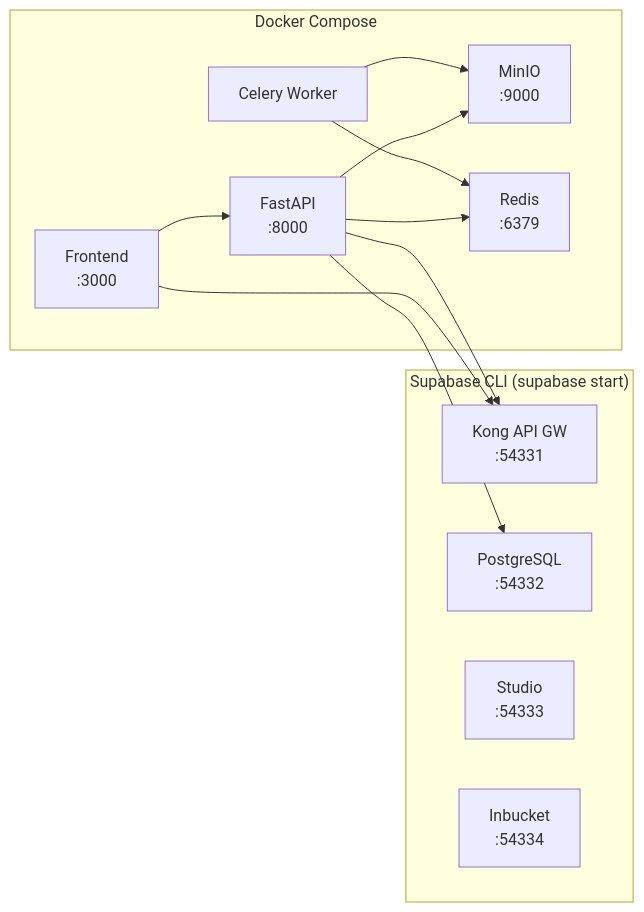
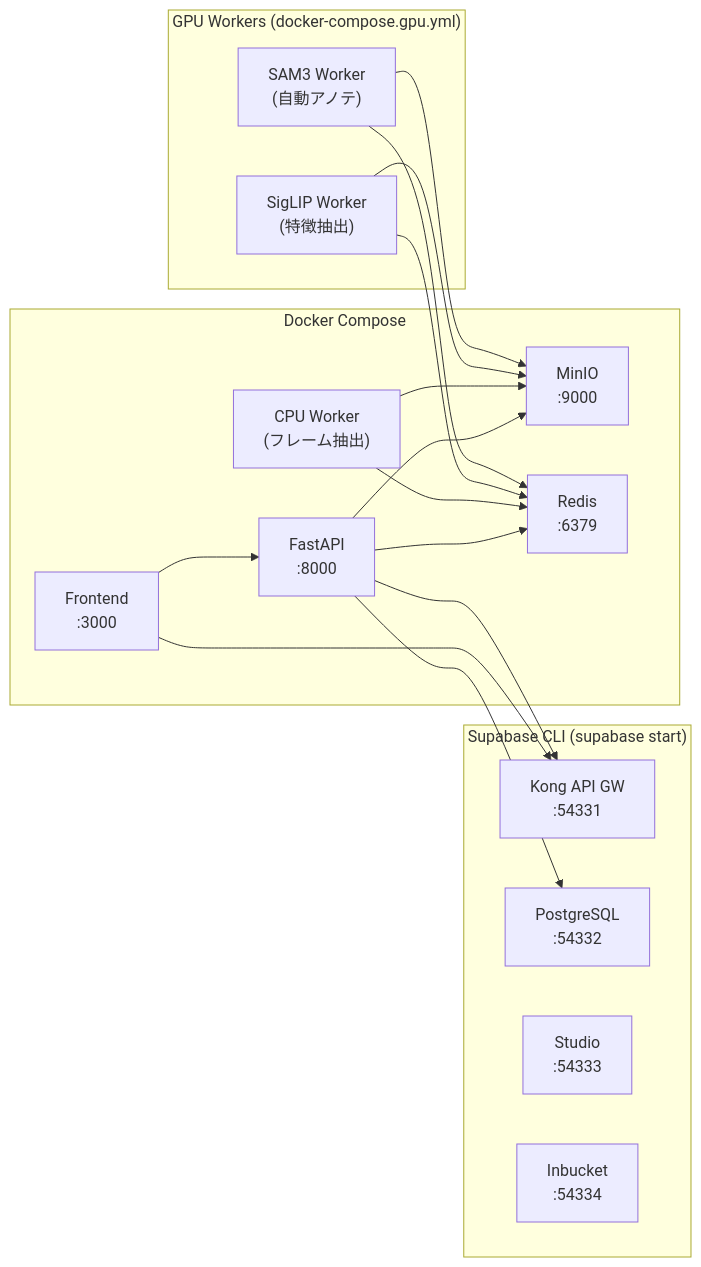
One commit to hexylab/argus changed the second of 6 diagrams in docs/design/02_infrastructure.md. Above: the diagram before and after it, drawn with Mermaid. The commit also changed other lines of this file and 2 other files, not shown here.

First line of the commit message:
docs: GPU Worker 分離アーキテクチャの設計ドキュメント更新

````diff
--- a/docs/design/02_infrastructure.md
+++ b/docs/design/02_infrastructure.md
@@ -47,26 +47,35 @@
 ```mermaid
 flowchart LR
     subgraph SupabaseCLI["Supabase CLI (supabase start)"]
         Kong["Kong API GW<br/>:54331"]
         DB["PostgreSQL<br/>:54332"]
         StudioLocal["Studio<br/>:54333"]
         Inbucket["Inbucket<br/>:54334"]
     end
 
     subgraph DockerCompose["Docker Compose"]
         FE["Frontend<br/>:3000"]
         API["FastAPI<br/>:8000"]
-        Worker["Celery Worker"]
+        CPUWorker["CPU Worker<br/>(フレーム抽出)"]
         MinIO["MinIO<br/>:9000"]
         Redis["Redis<br/>:6379"]
+    end
+
+    subgraph GPUWorkers["GPU Workers (docker-compose.gpu.yml)"]
+        SigLIP["SigLIP Worker<br/>(特徴抽出)"]
+        SAM3["SAM3 Worker<br/>(自動アノテ)"]
     end
 
     FE --> Kong
     FE --> API
     API --> Kong
     API --> DB
     API --> MinIO
     API --> Redis
-    Worker --> Redis
-    Worker --> MinIO
+    CPUWorker --> Redis
+    CPUWorker --> MinIO
+    SigLIP --> Redis
+    SAM3 --> Redis
+    SigLIP --> MinIO
+    SAM3 --> MinIO
 ```
````
